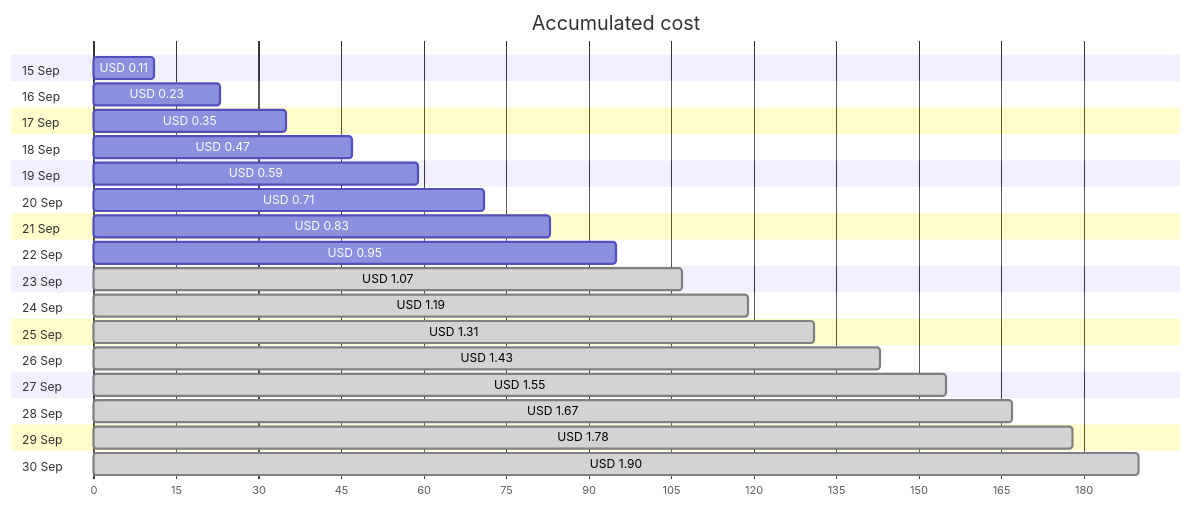
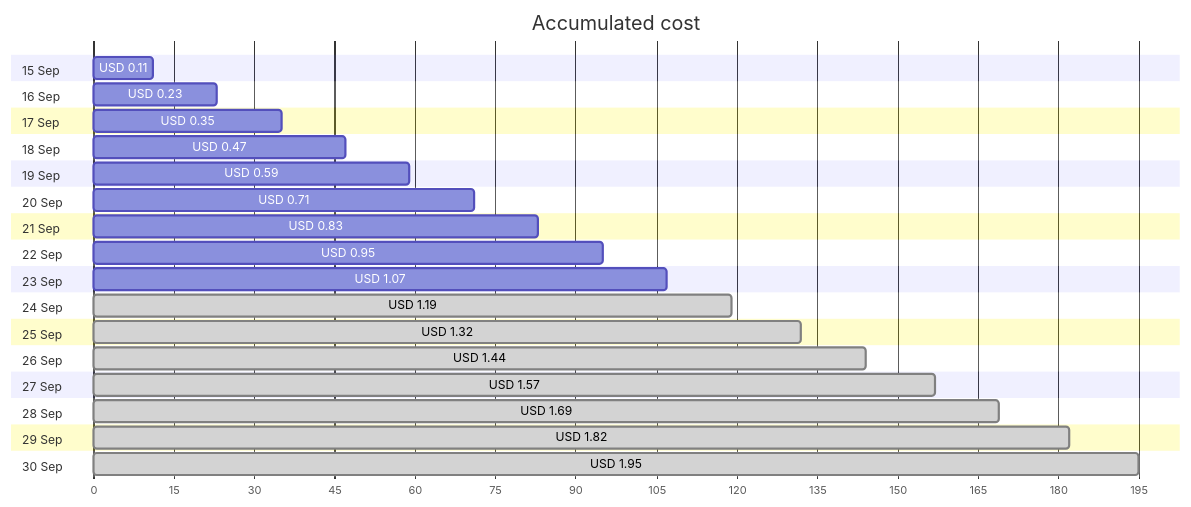
Before and after one commit to jpfulton/azure-personal-reports: the first of 4 diagrams in cost-reports/personal-network/vpn-server-public-ip.md, drawn with Mermaid. The commit also changed other lines of this file and 9 other files, not shown here.

````diff
--- a/cost-reports/personal-network/vpn-server-public-ip.md
+++ b/cost-reports/personal-network/vpn-server-public-ip.md
@@ -20,38 +20,38 @@
 ```mermaid
 gantt
    title Accumulated cost
    dateFormat  X
    axisFormat %s
    section 15 Sep
    USD 0.11 :0, 11
    section 16 Sep
    USD 0.23 :0, 23
    section 17 Sep
    USD 0.35 :0, 35
    section 18 Sep
    USD 0.47 :0, 47
    section 19 Sep
    USD 0.59 :0, 59
    section 20 Sep
    USD 0.71 :0, 71
    section 21 Sep
    USD 0.83 :0, 83
    section 22 Sep
    USD 0.95 :0, 95
    section 23 Sep
-   USD 1.07 : done, 0, 107
+   USD 1.07 :0, 107
    section 24 Sep
    USD 1.19 : done, 0, 119
    section 25 Sep
-   USD 1.31 : done, 0, 131
+   USD 1.32 : done, 0, 132
    section 26 Sep
-   USD 1.43 : done, 0, 143
+   USD 1.44 : done, 0, 144
    section 27 Sep
-   USD 1.55 : done, 0, 155
+   USD 1.57 : done, 0, 157
    section 28 Sep
-   USD 1.67 : done, 0, 167
+   USD 1.69 : done, 0, 169
    section 29 Sep
-   USD 1.78 : done, 0, 178
+   USD 1.82 : done, 0, 182
    section 30 Sep
-   USD 1.90 : done, 0, 190
+   USD 1.95 : done, 0, 195
 ```
````
